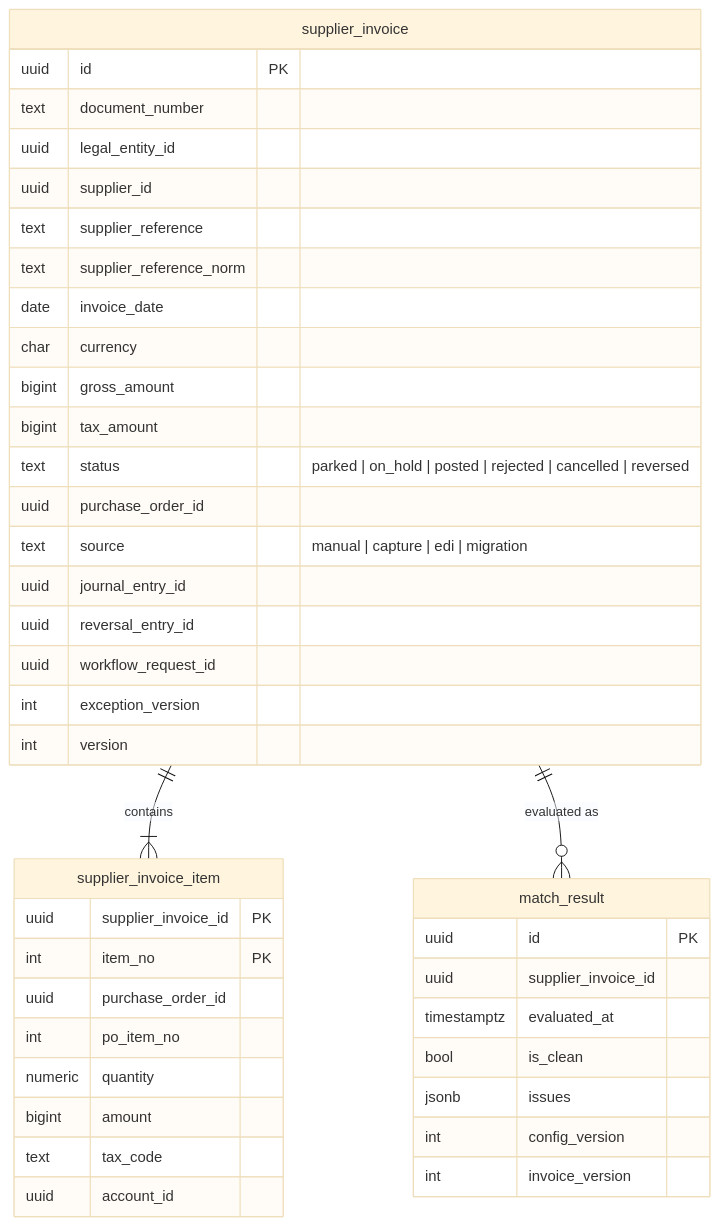
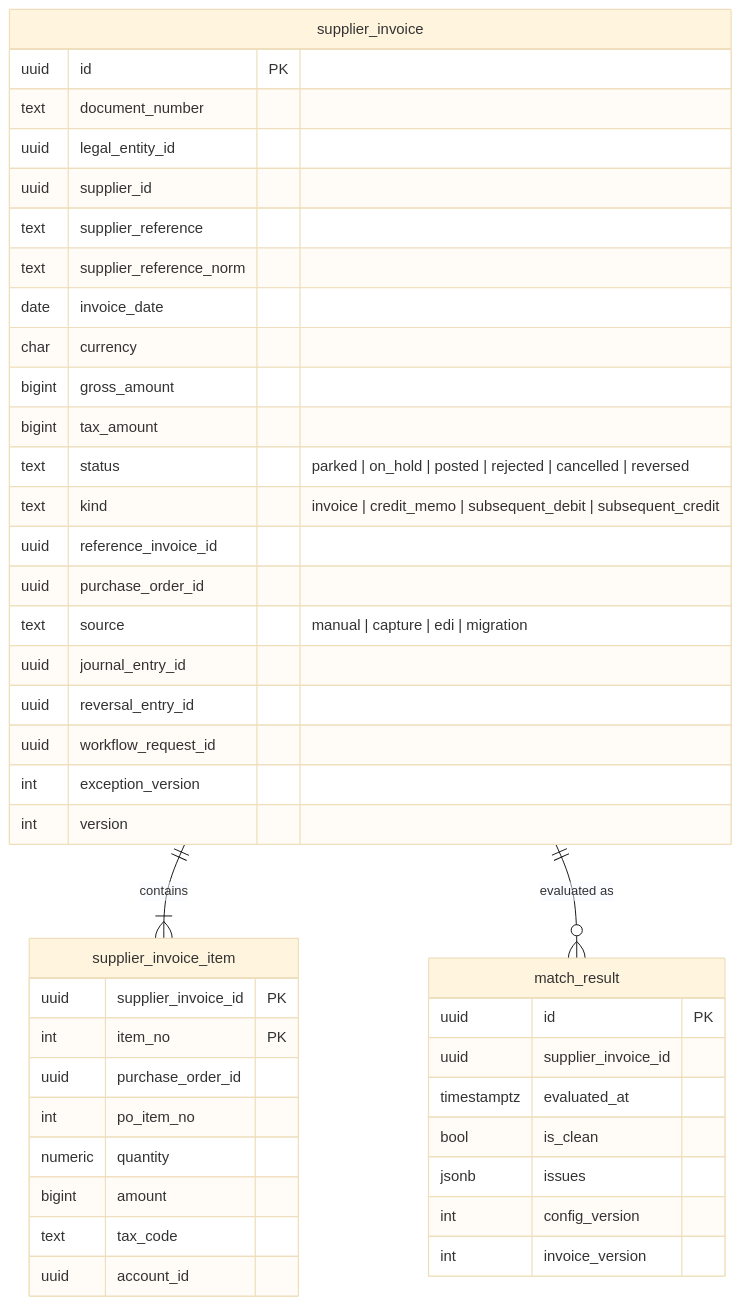
Before and after one commit to mustie7iy/agentic-erp: the seventh of 9 diagrams in docs/design/03-data-model.md, drawn with Mermaid (base theme). The commit also changed other lines of this file and 3 other files, not shown here.

First line of the commit message:
Schema for credit memos and subsequent debits and credits (T34a)

````diff
--- a/docs/design/03-data-model.md
+++ b/docs/design/03-data-model.md
@@ -772,38 +772,40 @@
 ```mermaid
 erDiagram
   supplier_invoice ||--|{ supplier_invoice_item : contains
   supplier_invoice ||--o{ match_result : "evaluated as"
   supplier_invoice { uuid id PK
     text document_number
     uuid legal_entity_id
     uuid supplier_id
     text supplier_reference
     text supplier_reference_norm
     date invoice_date
     char currency
     bigint gross_amount
     bigint tax_amount
     text status "parked | on_hold | posted | rejected | cancelled | reversed"
+    text kind "invoice | credit_memo | subsequent_debit | subsequent_credit"
+    uuid reference_invoice_id
     uuid purchase_order_id
     text source "manual | capture | edi | migration"
     uuid journal_entry_id
     uuid reversal_entry_id
     uuid workflow_request_id
     int exception_version
     int version }
   supplier_invoice_item { uuid supplier_invoice_id PK
     int item_no PK
     uuid purchase_order_id
     int po_item_no
     numeric quantity
     bigint amount
     text tax_code
     uuid account_id }
   match_result { uuid id PK
     uuid supplier_invoice_id
     timestamptz evaluated_at
     bool is_clean
     jsonb issues
     int config_version
     int invoice_version }
 ```
````
